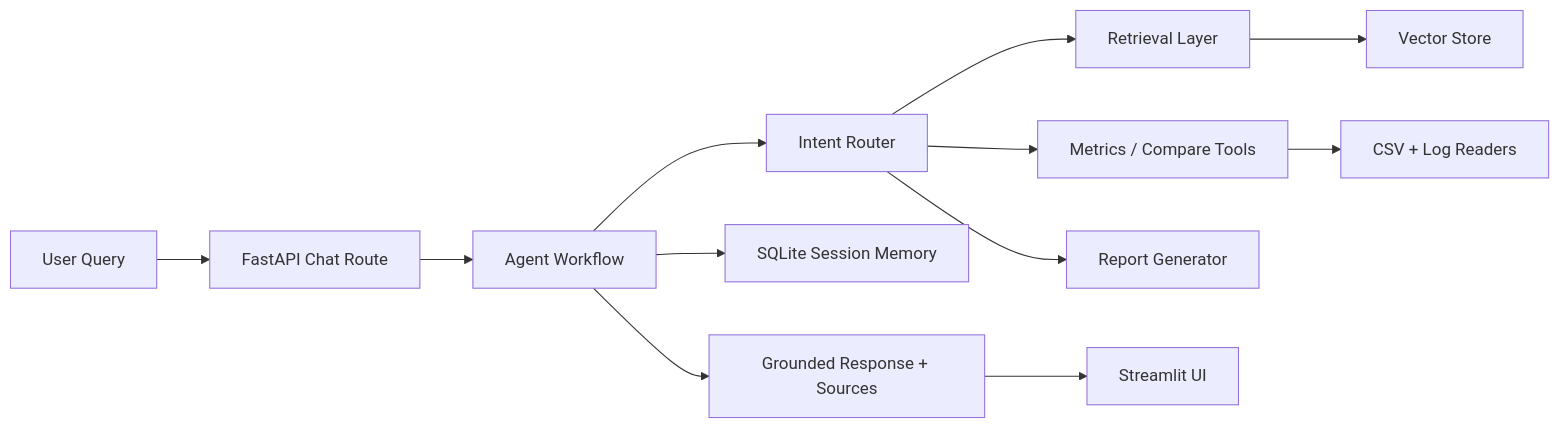
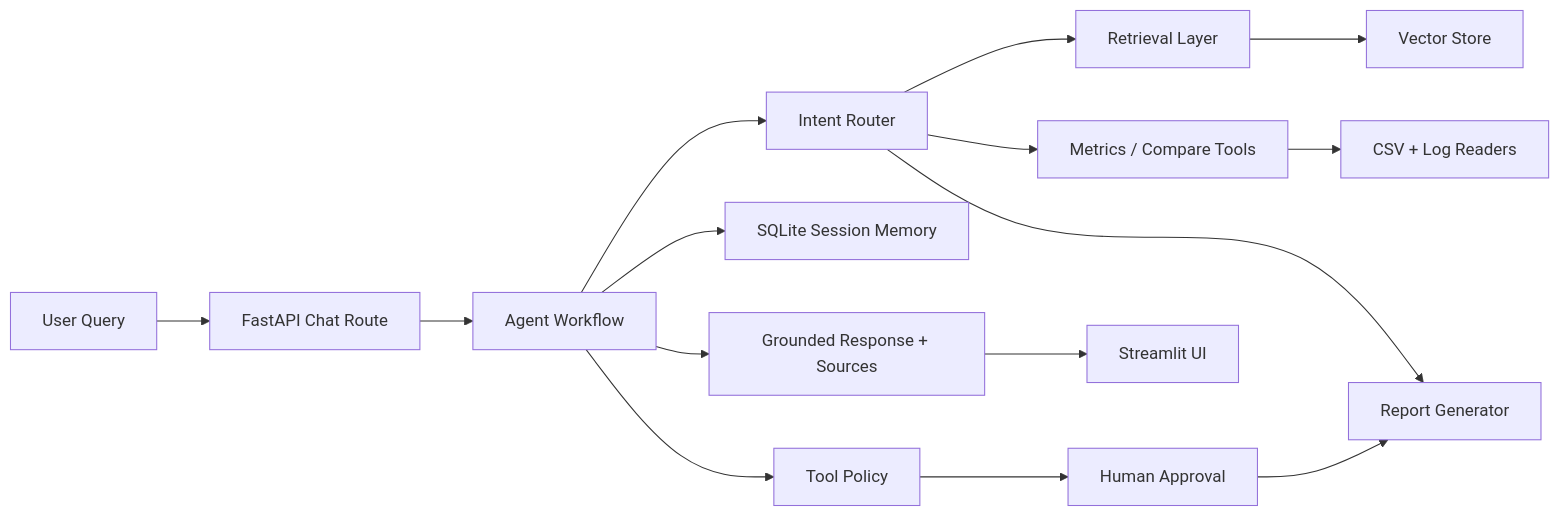
The diagram in README.md (Ikteder/llm-agent-workflows), drawn with Mermaid before and after one commit. The commit also changed other lines of this file and 24 other files, not shown here.

Commit message:
Add exact-intent approval policy for report tools

````diff
--- a/README.md
+++ b/README.md
@@ -72,14 +96,17 @@
 ```mermaid
 flowchart LR
     A["User Query"] --> B["FastAPI Chat Route"]
     B --> C["Agent Workflow"]
     C --> D["Intent Router"]
     D --> E["Retrieval Layer"]
     D --> F["Metrics / Compare Tools"]
     D --> G["Report Generator"]
     E --> H["Vector Store"]
     F --> I["CSV + Log Readers"]
     C --> J["SQLite Session Memory"]
     C --> K["Grounded Response + Sources"]
     K --> L["Streamlit UI"]
+    C --> M["Tool Policy"]
+    M --> N["Human Approval"]
+    N --> G
 ```
````
